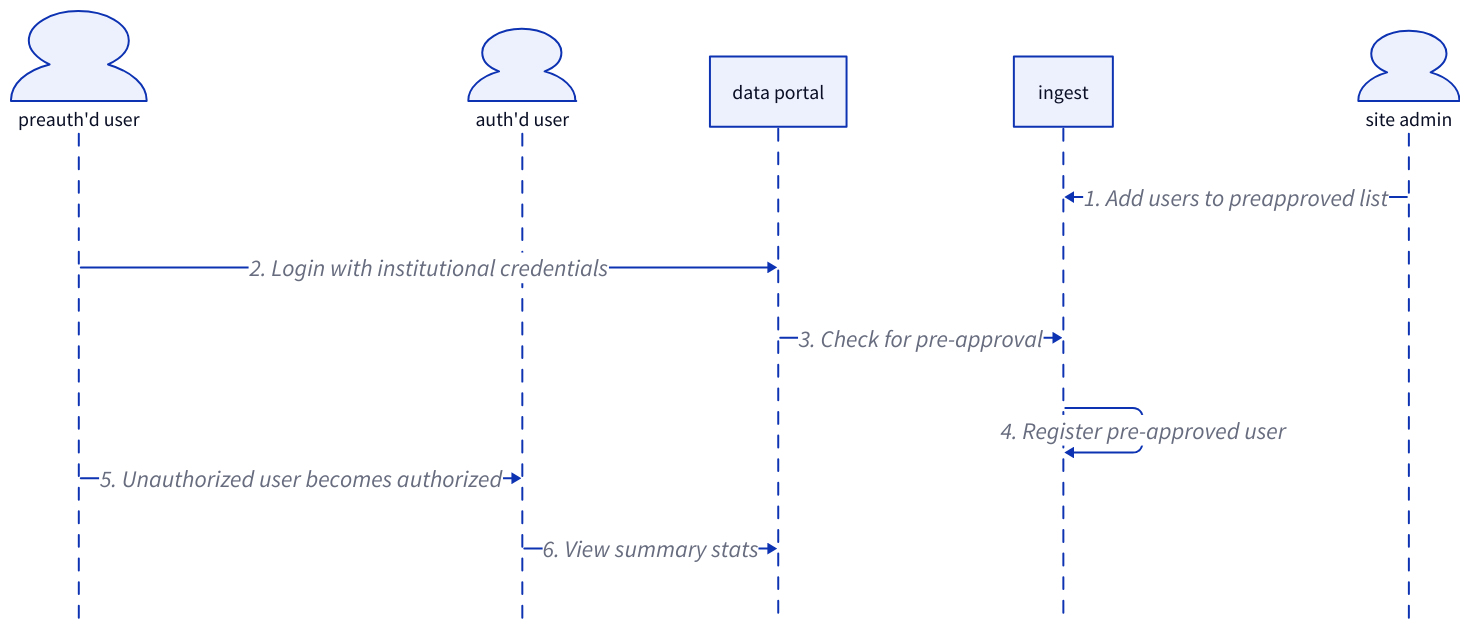
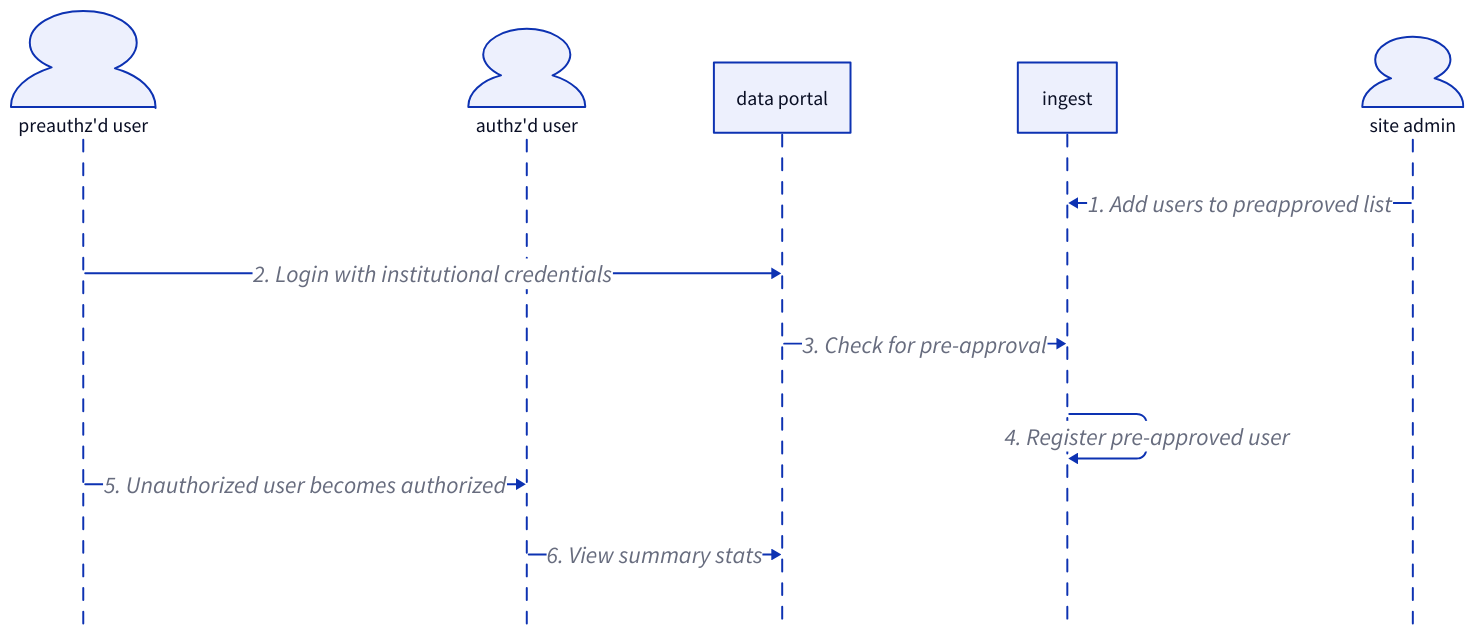
One commit to CanDIG/CanDIGv2 changed the second of 2 diagrams in docs/src/content/docs/user-roles/roles-overview.mdx. Above: the diagram before and after it, drawn with D2. The commit also changed other lines of this file and 1 other file, not shown here.

````diff
--- a/docs/src/content/docs/user-roles/roles-overview.mdx
+++ b/docs/src/content/docs/user-roles/roles-overview.mdx
@@ -36,20 +67,20 @@
 ```d2 
 # User request flow
 shape: sequence_diagram
-preauth'd user: {shape: person}
-preauth'd user.style.font-size: 20
-auth'd user: {shape: person}
-auth'd user.style.font-size: 20
+preauthz'd user: {shape: person}
+preauthz'd user.style.font-size: 20
+authz'd user: {shape: person}
+authz'd user.style.font-size: 20
 data portal
 data portal.style.font-size: 20
 ingest
 ingest.style.font-size: 20
 site admin: {shape: person}
 site admin.style.font-size: 20
 site admin -> ingest: 1. Add users to preapproved list {style: {font-size: 24}}
-preauth'd user -> data portal: 2. Login with institutional credentials {style: {font-size: 24}}
+preauthz'd user -> data portal: 2. Login with institutional credentials {style: {font-size: 24}}
 data portal -> ingest: 3. Check for pre-approval {style: {font-size: 24}}
 ingest -> ingest: 4. Register pre-approved user {style: {font-size: 24}}
-preauth'd user -> auth'd user: 5. Unauthorized user becomes authorized {style: {font-size: 24}}
-auth'd user -> data portal: 6. View summary stats {style: {font-size: 24}}
+preauthz'd user -> authz'd user: 5. Unauthorized user becomes authorized {style: {font-size: 24}}
+authz'd user -> data portal: 6. View summary stats {style: {font-size: 24}}
 ```
````
